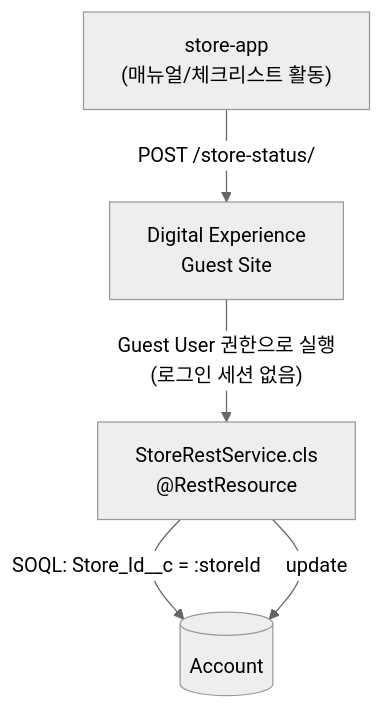
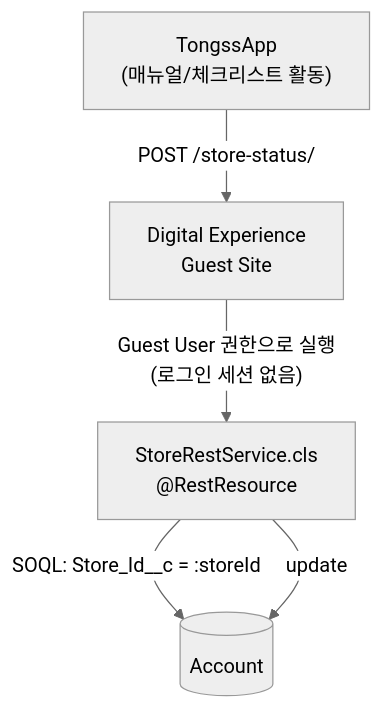
Before and after one commit to sara6ang/project-starter: the diagram in TongssOrg/docs/06_ARCHITECTURE.md, drawn with Mermaid (neutral theme). The commit also changed other lines of this file and 30 other files, not shown here.

````diff
--- a/TongssOrg/docs/06_ARCHITECTURE.md
+++ b/TongssOrg/docs/06_ARCHITECTURE.md
@@ -43,7 +43,7 @@
 ```mermaid
 flowchart TD
-    A["store-app<br/>(매뉴얼/체크리스트 활동)"] -->|"POST /store-status/"| B["Digital Experience<br/>Guest Site"]
+    A["TongssApp<br/>(매뉴얼/체크리스트 활동)"] -->|"POST /store-status/"| B["Digital Experience<br/>Guest Site"]
     B -->|"Guest User 권한으로 실행<br/>(로그인 세션 없음)"| C["StoreRestService.cls<br/>@RestResource"]
     C -->|"SOQL: Store_Id__c = :storeId"| D[("Account")]
     C -->|"update"| D
 ```
````
